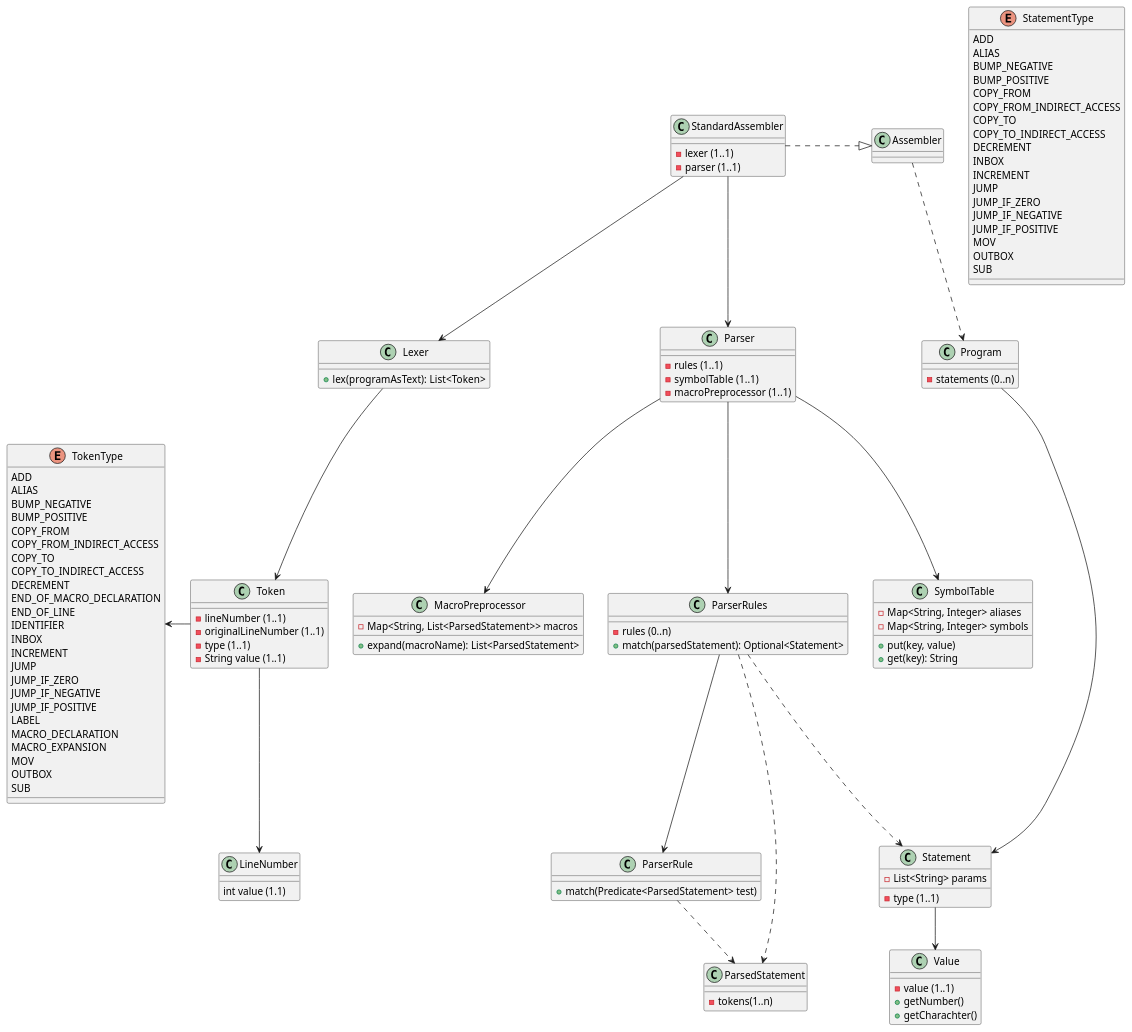
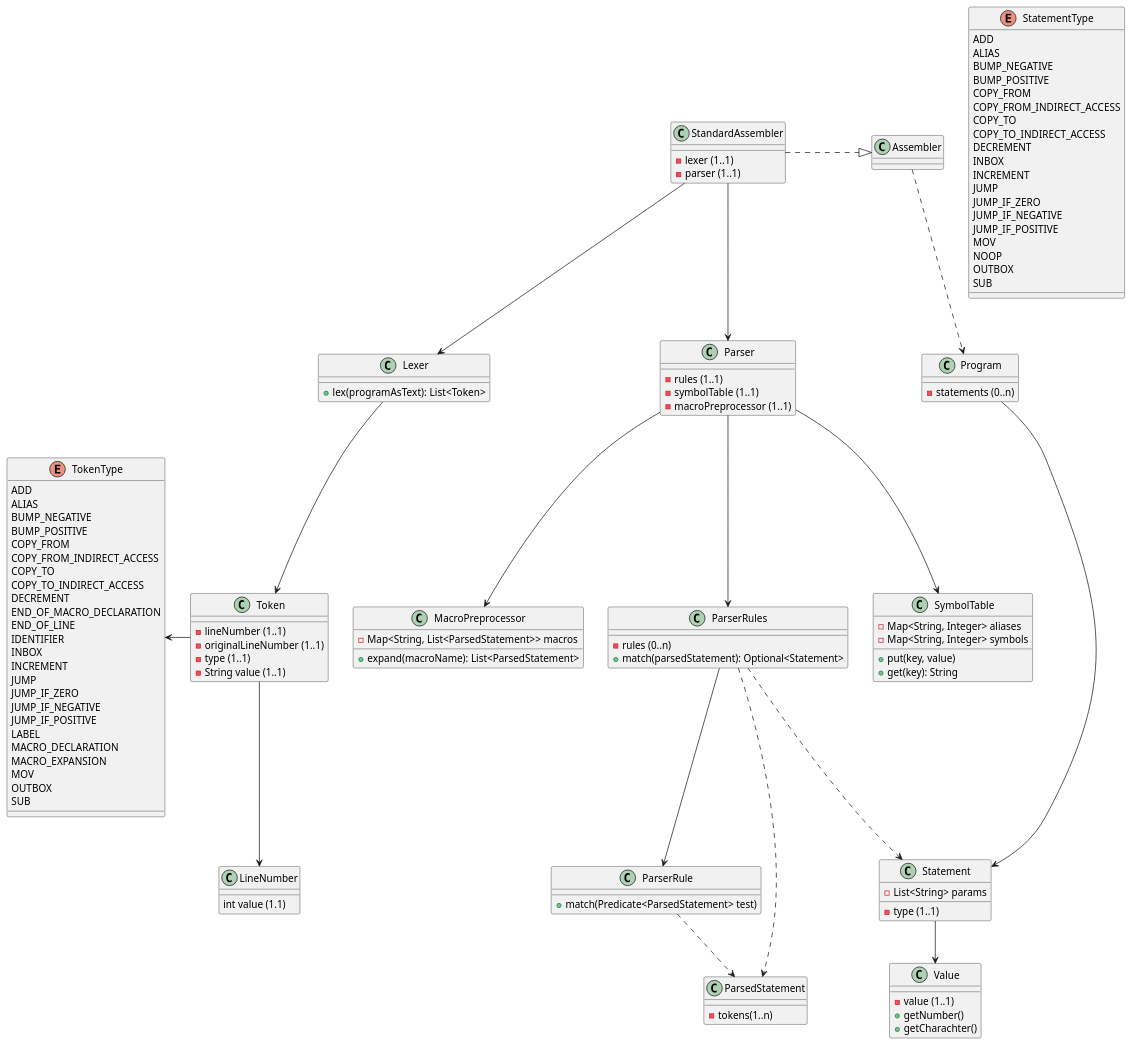
Before and after one commit to TristanoSuriani/HRM-assembly: the diagram in docs/ClassDiagramAssembler.puml, drawn with PlantUML. The commit also changed 3 other files, not shown here.

```diff
--- a/docs/ClassDiagramAssembler.puml
+++ b/docs/ClassDiagramAssembler.puml
@@ -1,140 +1,141 @@
 @startuml
 
 class Value {
   -value (1..1)
   +getNumber()
   +getCharachter()
 }
 
 
 class Program {
   -statements (0..n)
 }
 
 class Statement {
   -type (1..1)
   -List<String> params
 }
 
 enum StatementType {
     ADD
     ALIAS
     BUMP_NEGATIVE
     BUMP_POSITIVE
     COPY_FROM
     COPY_FROM_INDIRECT_ACCESS
     COPY_TO
     COPY_TO_INDIRECT_ACCESS
     DECREMENT
     INBOX
     INCREMENT
     JUMP
     JUMP_IF_ZERO
     JUMP_IF_NEGATIVE
     JUMP_IF_POSITIVE
     MOV
+    NOOP
     OUTBOX
     SUB
 }
 
 
 class StandardAssembler {
   -lexer (1..1)
   -parser (1..1)
 }
 
 class Lexer {
   +lex(programAsText): List<Token>
 }
 
 class Token {
   -lineNumber (1..1)
   -originalLineNumber (1..1)
   -type (1..1)
   -String value (1..1)
 }
 
 class LineNumber {
   int value (1.1)
 }
 
 enum TokenType {
   ADD
   ALIAS
   BUMP_NEGATIVE
   BUMP_POSITIVE
   COPY_FROM
   COPY_FROM_INDIRECT_ACCESS
   COPY_TO
   COPY_TO_INDIRECT_ACCESS
   DECREMENT
   END_OF_MACRO_DECLARATION
   END_OF_LINE
   IDENTIFIER
   INBOX
   INCREMENT
   JUMP
   JUMP_IF_ZERO
   JUMP_IF_NEGATIVE
   JUMP_IF_POSITIVE
   LABEL
   MACRO_DECLARATION
   MACRO_EXPANSION
   MOV
   OUTBOX
   SUB
 }
 
 class Parser {
   -rules (1..1)
   -symbolTable (1..1)
   -macroPreprocessor (1..1)
 }
 
 class ParserRules {
   -rules (0..n)
   +match(parsedStatement): Optional<Statement>
 }
 
 class ParserRule {
   +match(Predicate<ParsedStatement> test)
 }
 
 class ParsedStatement {
   -tokens(1..n)
 }
 
 class SymbolTable {
   -Map<String, Integer> aliases
   -Map<String, Integer> symbols
 
   +put(key, value)
   +get(key): String
 }
 
 class MacroPreprocessor {
   -Map<String, List<ParsedStatement>> macros
 
   +expand(macroName): List<ParsedStatement>
 }
 
 Assembler .down.> Program
 StandardAssembler .down|> Assembler
 Program -down-> Statement
 Statement -down-> Value
 StandardAssembler -down-> Lexer
 StandardAssembler -down-> Parser
 
 Lexer -down-> Token
 Token -left-> TokenType
 Token -down-> LineNumber
 
 Parser -down-> ParserRules
 Parser -down-> SymbolTable
 Parser -down-> MacroPreprocessor
 ParserRules -down-> ParserRule
 ParserRules .down.> ParsedStatement
 ParserRules .down.> Statement
 ParserRule .down.> ParsedStatement
 
 @enduml
```
